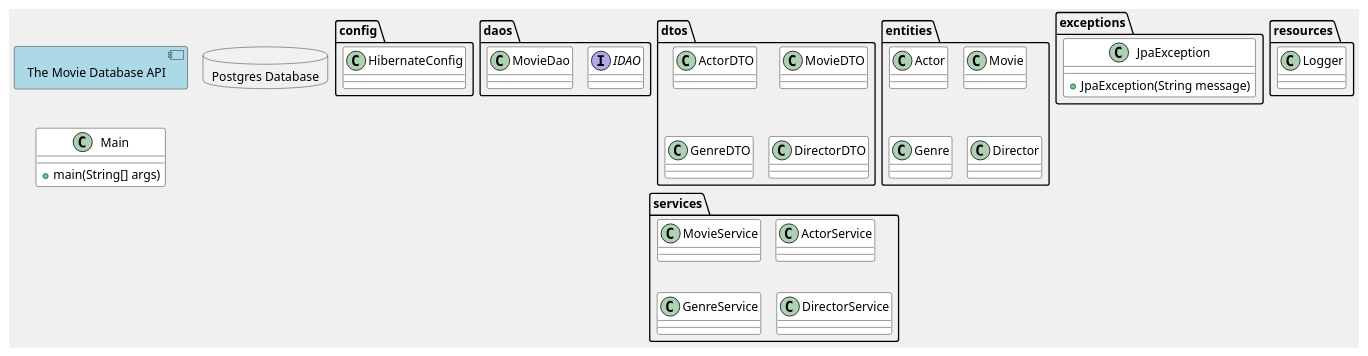
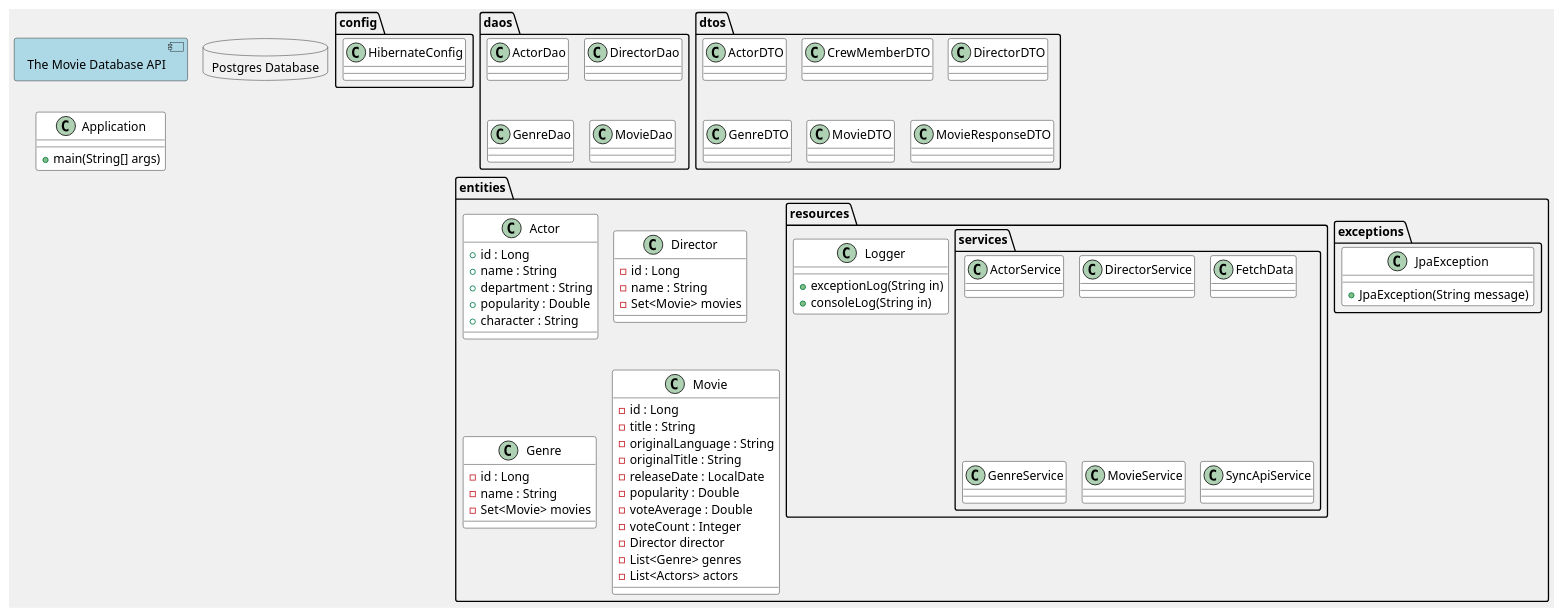
The diagram in src/docs/class_diagram_v2.puml (Jeanette93Cph/SP1MovieRepository), drawn with PlantUML before and after one commit. The commit also changed 7 other files, not shown here.

Commit message:
refactoring code - methods updated, working on class diagram v2

```diff
--- a/src/docs/class_diagram_v2.puml
+++ b/src/docs/class_diagram_v2.puml
@@ -1,80 +1,116 @@
 @startuml
 !pragma layout smetana
 
 component TMDB_API [
 The Movie Database API
 ]
 
 database Database [
 Postgres Database
 ]
 
 '' Styling
 skinparam ArrowThickness 3
 skinparam ArrowColor Orange
 skinparam backgroundColor #f0f0f0
 skinparam borderColor Black
 skinparam borderThickness 1
 
 skinparam class {
   BackgroundColor white
 }
 
 skinparam Component {
   BackgroundColor Lightblue
 }
 
 ''
 
-Class Main {
+Class Application {
   +main(String[] args)
 }
 
 
 package "config" {
 Class HibernateConfig
 }
 
 package "daos" {
-Interface IDAO
+Class ActorDao
+Class DirectorDao
+Class GenreDao
 Class MovieDao
 }
 
+
 package "dtos" {
 Class ActorDTO
-Class MovieDTO
+Class CrewMemberDTO
+Class DirectorDTO
 Class GenreDTO
 Class MovieDTO
-Class DirectorDTO
+Class MovieResponseDTO
 }
 
 package "entities" {
-Class Actor
-Class Movie
-Class Genre
-Class Director
+Class Actor {
++ id : Long
++ name : String
++ department : String
++ popularity : Double
++ character : String
+}
+
+Class Director {
+- id : Long
+- name : String
+- Set<Movie> movies
+}
+
+Class Genre{
+- id : Long
+- name : String
+- Set<Movie> movies
+}
+
+Class Movie{
+- id : Long
+- title : String
+- originalLanguage : String
+- originalTitle : String
+- releaseDate : LocalDate
+- popularity : Double
+- voteAverage : Double
+- voteCount : Integer
+- Director director
+- List<Genre> genres
+- List<Actors> actors
 }
 
 package "exceptions" {
   class JpaException {
     +JpaException(String message)
   }
 }
 
 package "resources" {
-Class Logger
+Class Logger {
+  +exceptionLog(String in)
+  +consoleLog(String in)
 }
 
 package "services" {
+Class ActorService
+Class DirectorService
+Class FetchData
+Class GenreService
 Class MovieService
-Class ActorService
-Class GenreService
-Class DirectorService
+Class SyncApiService
 }
 
 ' Define relationships
 
 
 
 
 @enduml@enduml
```
